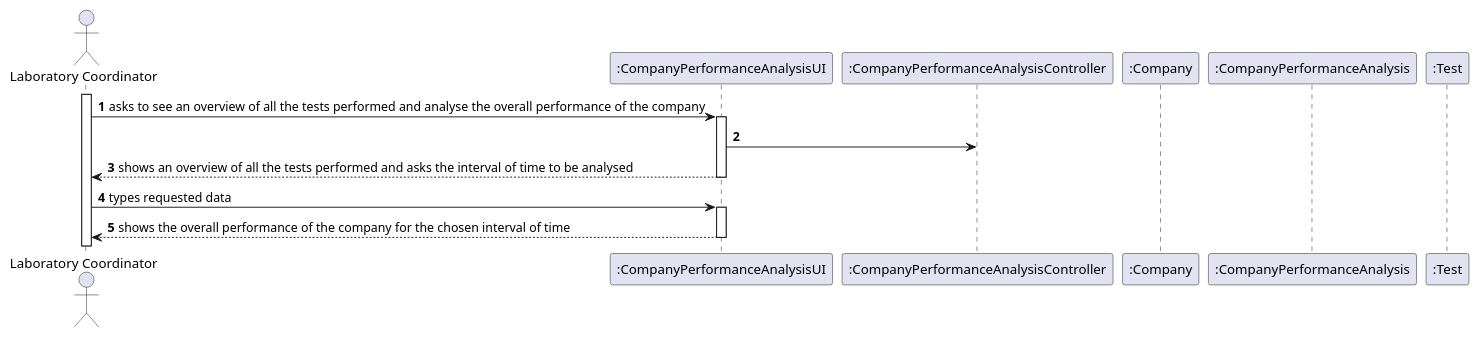
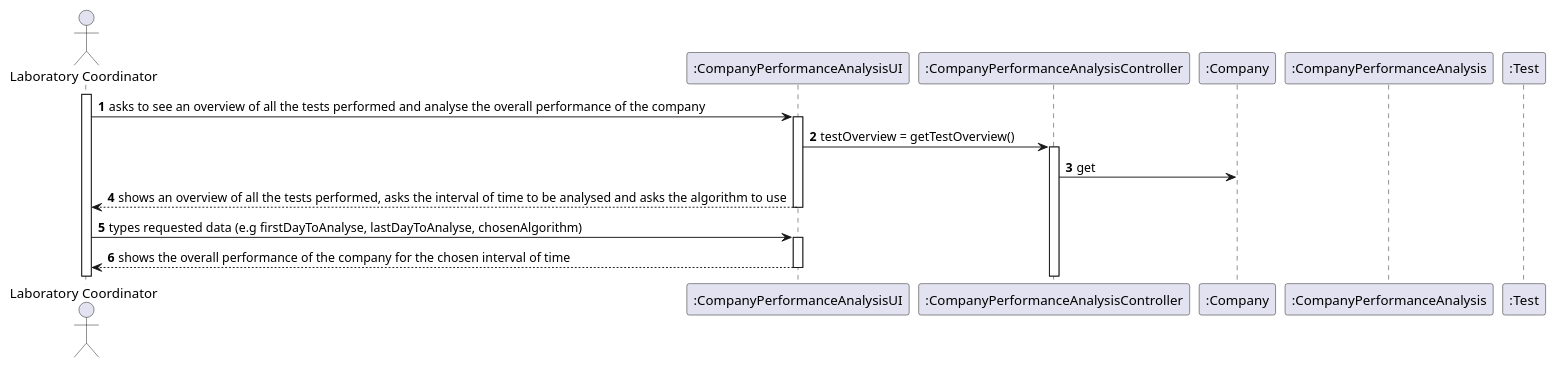
Before and after one commit to ana-albergaria/LAPR2-ISEP: the diagram in docs/SprintD/US_16/US16_SD.puml, drawn with PlantUML. The commit also changed 5 other files, not shown here.

```diff
--- a/docs/SprintD/US_16/US16_SD.puml
+++ b/docs/SprintD/US_16/US16_SD.puml
@@ -1,29 +1,41 @@
 @startuml
 autonumber
 actor "Laboratory Coordinator" as LC
 
 participant ":CompanyPerformanceAnalysisUI" as UI
 participant ":CompanyPerformanceAnalysisController" as CTRL
 participant ":Company" as CMP
 participant ":CompanyPerformanceAnalysis" as CPA
 participant ":Test" as TST
 
 activate LC
 LC -> UI : asks to see an overview of all the tests performed and analyse the overall performance of the company
 activate UI
 
-UI -> CTRL : 
+UI -> CTRL : testOverview = getTestOverview()
+activate CTRL
 
-UI --> LC : shows an overview of all the tests performed and asks the interval of time to be analysed
+CTRL -> CMP : get
+
+'array of int with:
+'number of clients
+'number of tests waiting for results
+'number of tests waiting for diagnosis
+'total number of tests processed in the laboratory in each day
+'...week
+'...month
+'...year
+
+UI --> LC : shows an overview of all the tests performed, asks the interval of time to be analysed and asks the algorithm to use
 deactivate UI
 
 
 
-LC -> UI : types requested data
+LC -> UI : types requested data (e.g firstDayToAnalyse, lastDayToAnalyse, chosenAlgorithm)
 activate UI
 
 UI --> LC : shows the overall performance of the company for the chosen interval of time
 deactivate UI
 
 
 @enduml
```
